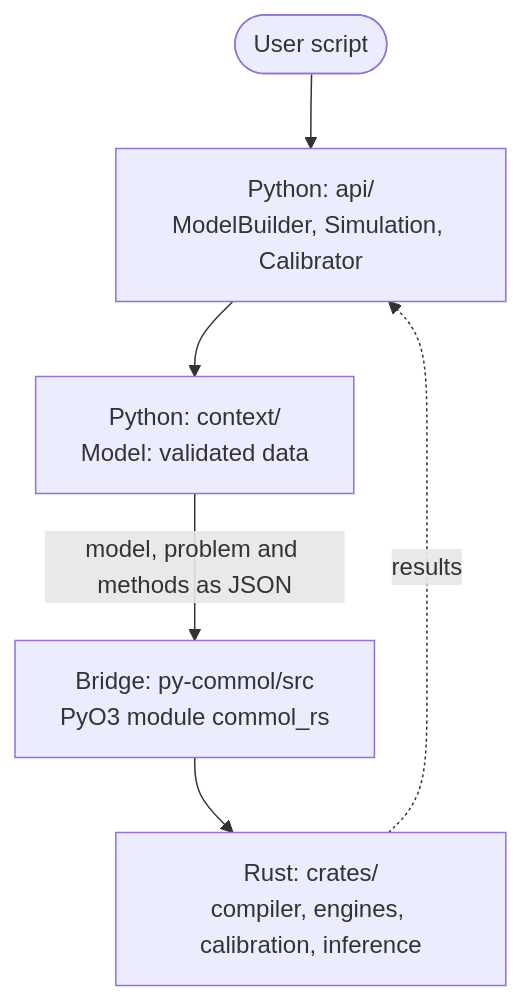
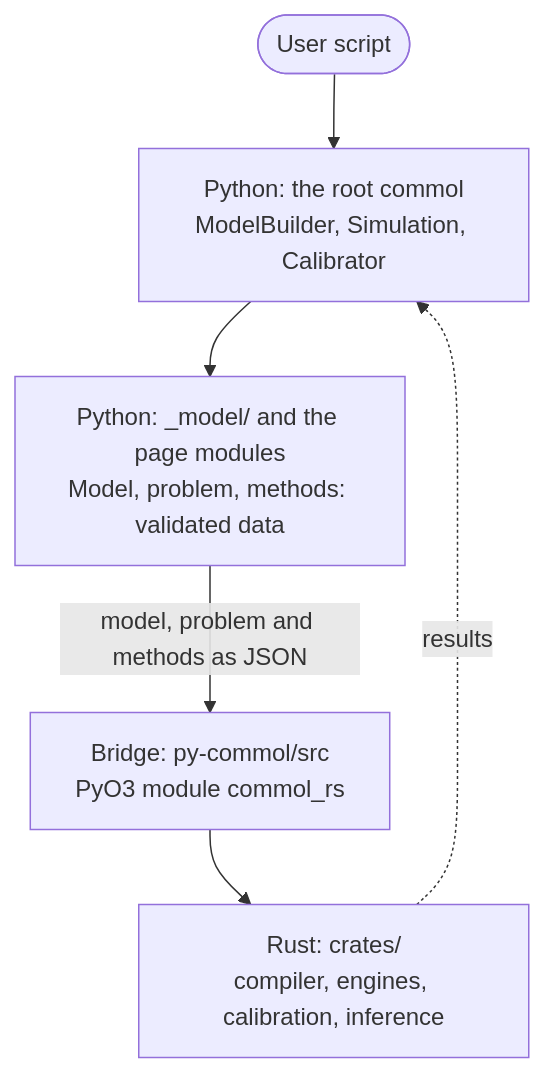
One commit to MUNQU/commol changed the first of 4 diagrams in docs/codebase/architecture.md. Above: the diagram before and after it, drawn with Mermaid. The commit also changed other lines of this file and 395 other files, not shown here.

First line of the commit message:
refactor(python-api): one module per page of the guide, and dependencies that point one way (#415)

````diff
--- a/docs/codebase/architecture.md
+++ b/docs/codebase/architecture.md
@@ -16,13 +16,13 @@
 ```mermaid
 flowchart TB
     U([User script])
-    API["Python: api/<br/>ModelBuilder, Simulation, Calibrator"]
-    CTX["Python: context/<br/>Model: validated data"]
+    API["Python: the root commol<br/>ModelBuilder, Simulation, Calibrator"]
+    CTX["Python: _model/ and the page modules<br/>Model, problem, methods: validated data"]
     BR["Bridge: py-commol/src<br/>PyO3 module commol_rs"]
     RS["Rust: crates/<br/>compiler, engines, calibration, inference"]
     U --> API
     API --> CTX
     CTX -->|model, problem and methods as JSON| BR
     BR --> RS
     RS -.->|results| API
 ```
````
